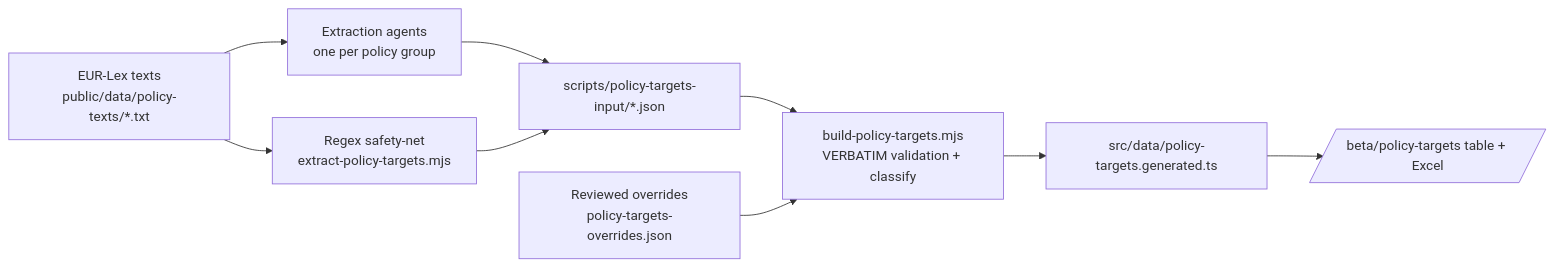
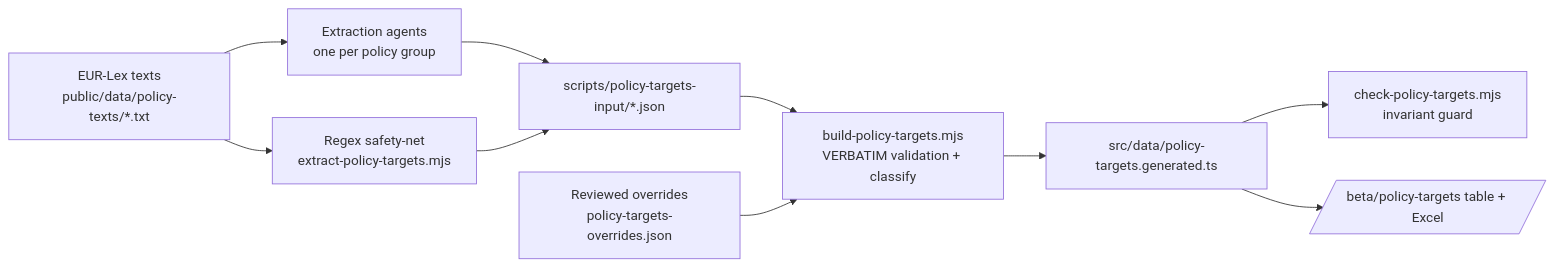
The diagram in docs/modules/policy-targets.md (EUClimateAdvisoryBoard/ESABCCMethodHub), drawn with Mermaid before and after one commit. The commit also changed other lines of this file and 8 other files, not shown here.

````diff
--- a/docs/modules/policy-targets.md
+++ b/docs/modules/policy-targets.md
@@ -40,11 +45,12 @@
 ```mermaid
 flowchart LR
     A[EUR-Lex texts<br/>public/data/policy-texts/*.txt] --> B[Extraction agents<br/>one per policy group]
     A --> C[Regex safety-net<br/>extract-policy-targets.mjs]
     B --> D[scripts/policy-targets-input/*.json]
     C --> D
     D --> E[build-policy-targets.mjs<br/>VERBATIM validation + classify]
     O[Reviewed overrides<br/>policy-targets-overrides.json] --> E
     E --> F[src/data/policy-targets.generated.ts]
+    F --> H[check-policy-targets.mjs<br/>invariant guard]
     F --> G[/beta/policy-targets table + Excel/]
 ```
````
